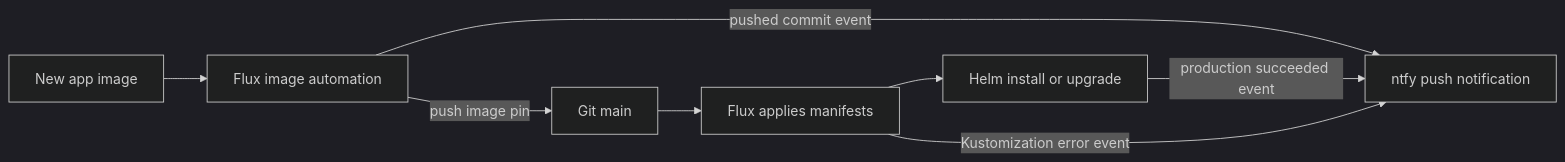
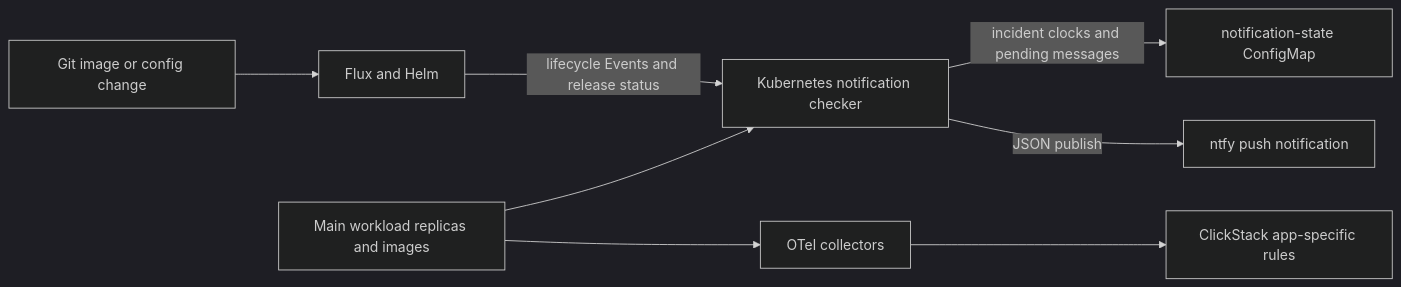
The diagram in docs/services.md (samclement/swhurl-platform), drawn with Mermaid (dark theme) before and after one commit. The commit also changed other lines of this file and 35 other files, not shown here.

Commit message:
Standardise app and console lifecycle and health notifications

````diff
--- a/docs/services.md
+++ b/docs/services.md
@@ -144,10 +132,10 @@
 ```mermaid
 flowchart LR
-    image[New app image] --> automation[Flux image automation]
-    automation -->|push image pin| git[Git main]
-    automation -->|pushed commit event| ntfy[ntfy push notification]
-    git --> reconcile[Flux applies manifests]
-    reconcile --> helm[Helm install or upgrade]
-    helm -->|production succeeded event| ntfy
-    reconcile -->|Kustomization error event| ntfy
+    git[Git image or config change] --> flux[Flux and Helm]
+    flux -->|lifecycle Events and release status| checker[Kubernetes notification checker]
+    pods[Main workload replicas and images] --> checker
+    checker -->|incident clocks and pending messages| state[notification-state ConfigMap]
+    checker -->|JSON publish| ntfy[ntfy push notification]
+    pods --> otel[OTel collectors]
+    otel --> clickstack[ClickStack app-specific rules]
 ```
````
